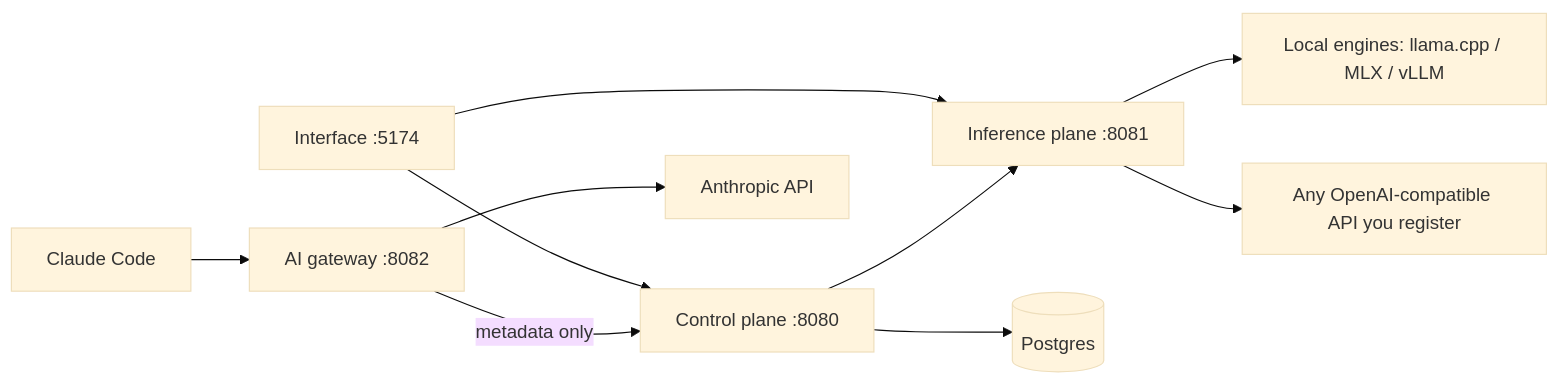
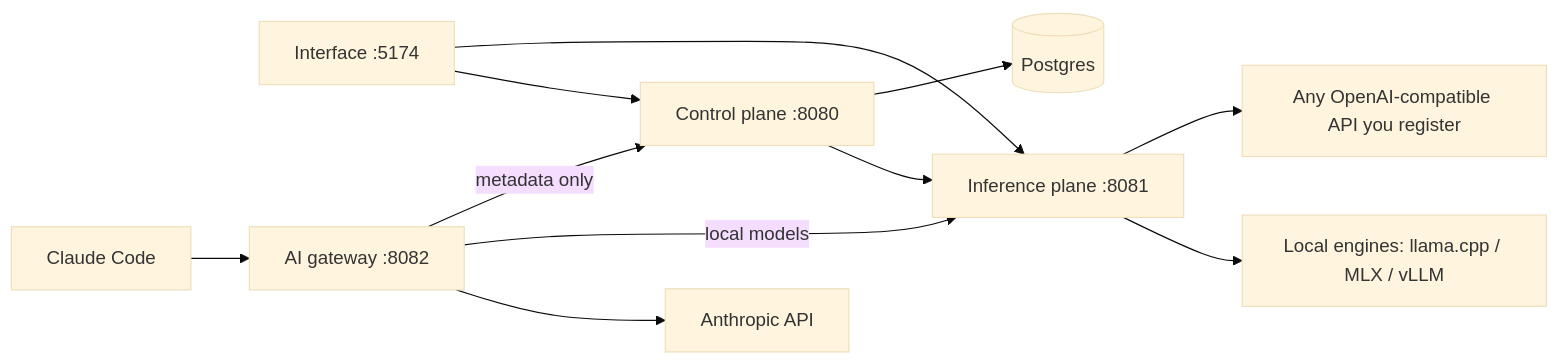
Before and after one commit to al2m4n/TheYgent: the diagram in docs/user-docs/content/index.md, drawn with Mermaid (base theme). The commit also changed other lines of this file and 3 other files, not shown here.

````diff
--- a/docs/user-docs/content/index.md
+++ b/docs/user-docs/content/index.md
@@ -41,12 +41,13 @@
 ```mermaid
 graph LR
     UI[Interface :5174] --> CP[Control plane :8080]
     UI --> IP[Inference plane :8081]
     CP --> IP
     CP --> PG[(Postgres)]
     IP --> ENG[Local engines: llama.cpp / MLX / vLLM]
     IP --> API[Any OpenAI-compatible API you register]
     CC[Claude Code] --> AG[AI gateway :8082]
     AG --> ANT[Anthropic API]
+    AG -->|local models| IP
     AG -->|metadata only| CP
 ```
````
